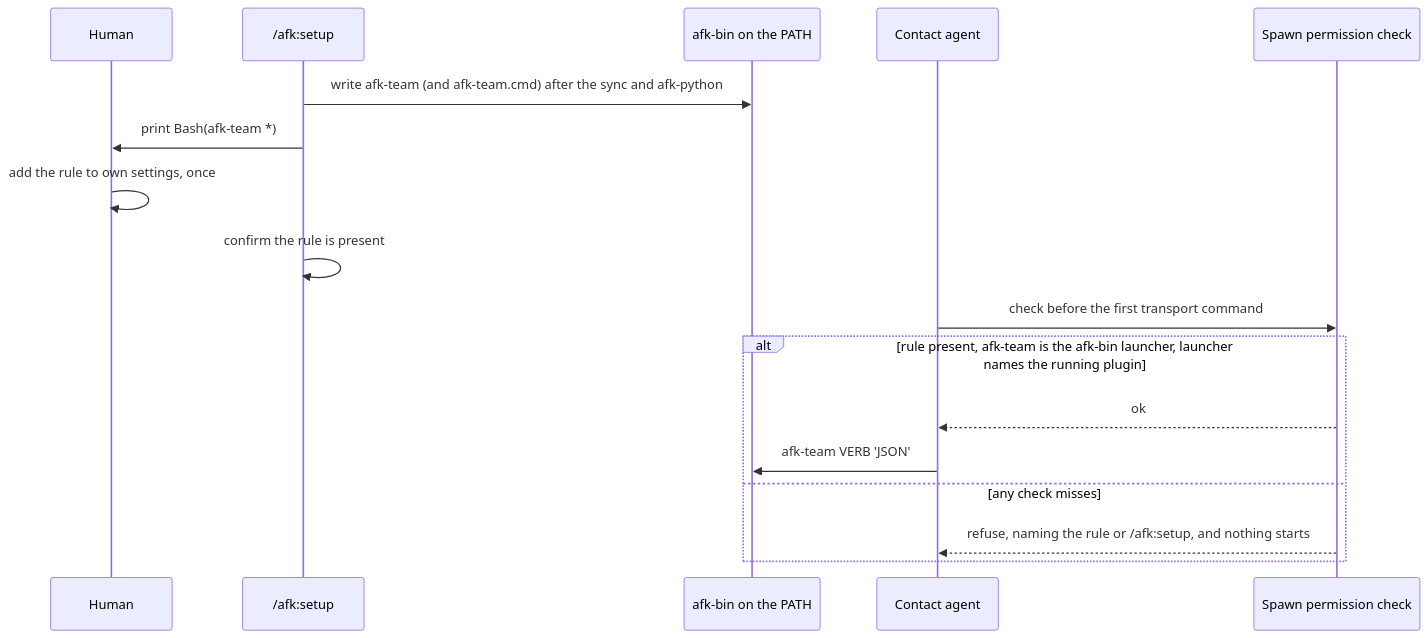
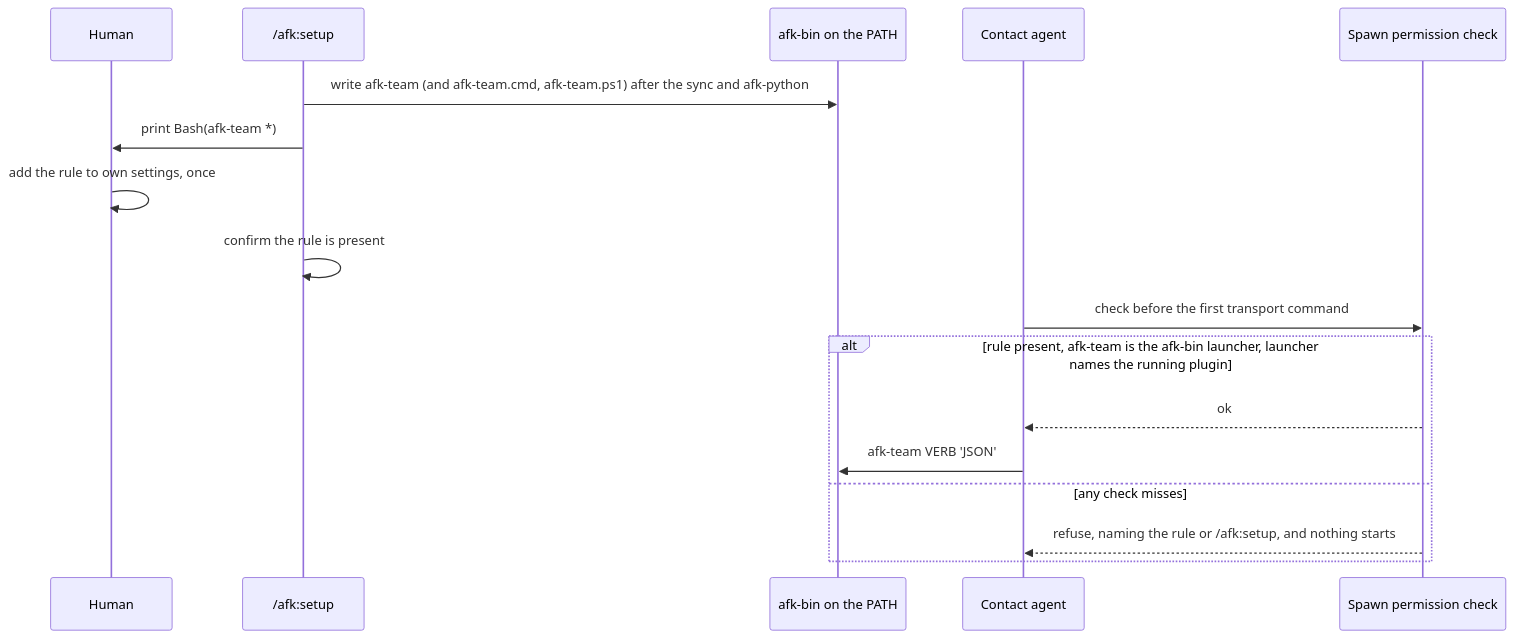
The diagram in docs/afk/agent-team-topology/adr/design/0017-allow-rule-names-the-afk-team-command.md (midnightblur/afk-driver), drawn with Mermaid before and after one commit. The commit also changed other lines of this file and 7 other files, not shown here.

````diff
--- a/docs/afk/agent-team-topology/adr/design/0017-allow-rule-names-the-afk-team-command.md
+++ b/docs/afk/agent-team-topology/adr/design/0017-allow-rule-names-the-afk-team-command.md
@@ -25,19 +25,19 @@
 ```mermaid
 sequenceDiagram
   participant H as Human
   participant S as /afk:setup
   participant B as afk-bin on the PATH
   participant C as Contact agent
   participant P as Spawn permission check
-  S->>B: write afk-team (and afk-team.cmd) after the sync and afk-python
+  S->>B: write afk-team (and afk-team.cmd, afk-team.ps1) after the sync and afk-python
   S->>H: print Bash(afk-team *)
   H->>H: add the rule to own settings, once
   S->>S: confirm the rule is present
   C->>P: check before the first transport command
   alt rule present, afk-team is the afk-bin launcher, launcher names the running plugin
     P-->>C: ok
     C->>B: afk-team VERB 'JSON'
   else any check misses
     P-->>C: refuse, naming the rule or /afk:setup, and nothing starts
   end
 ```
````
